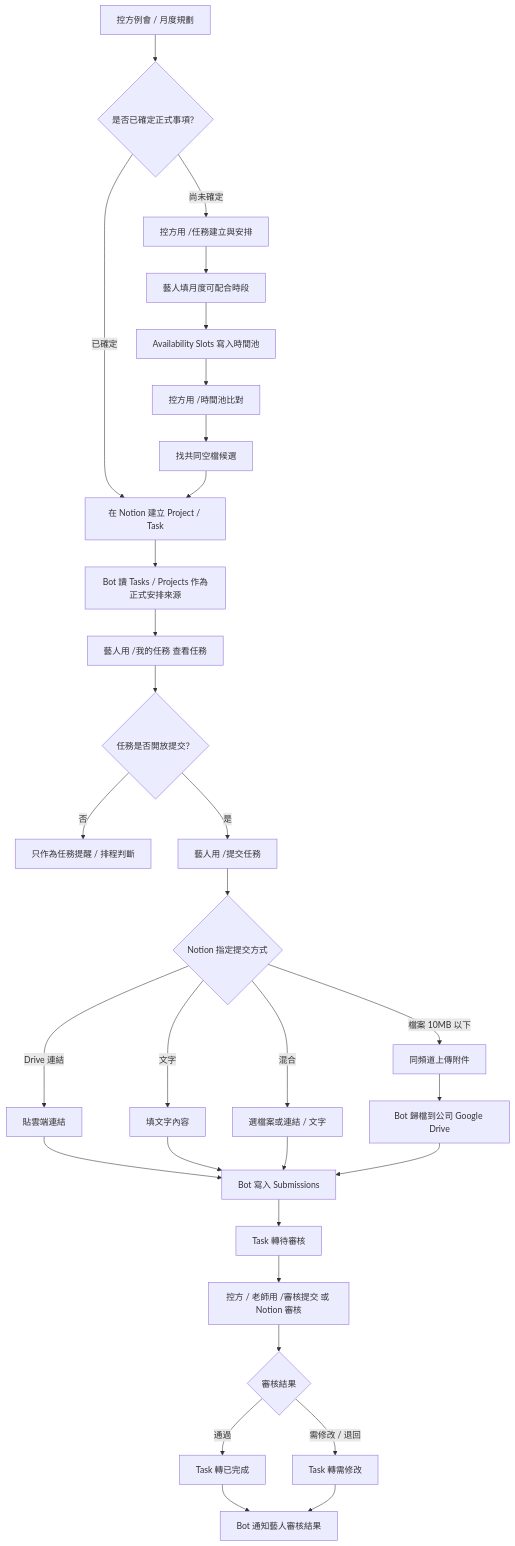
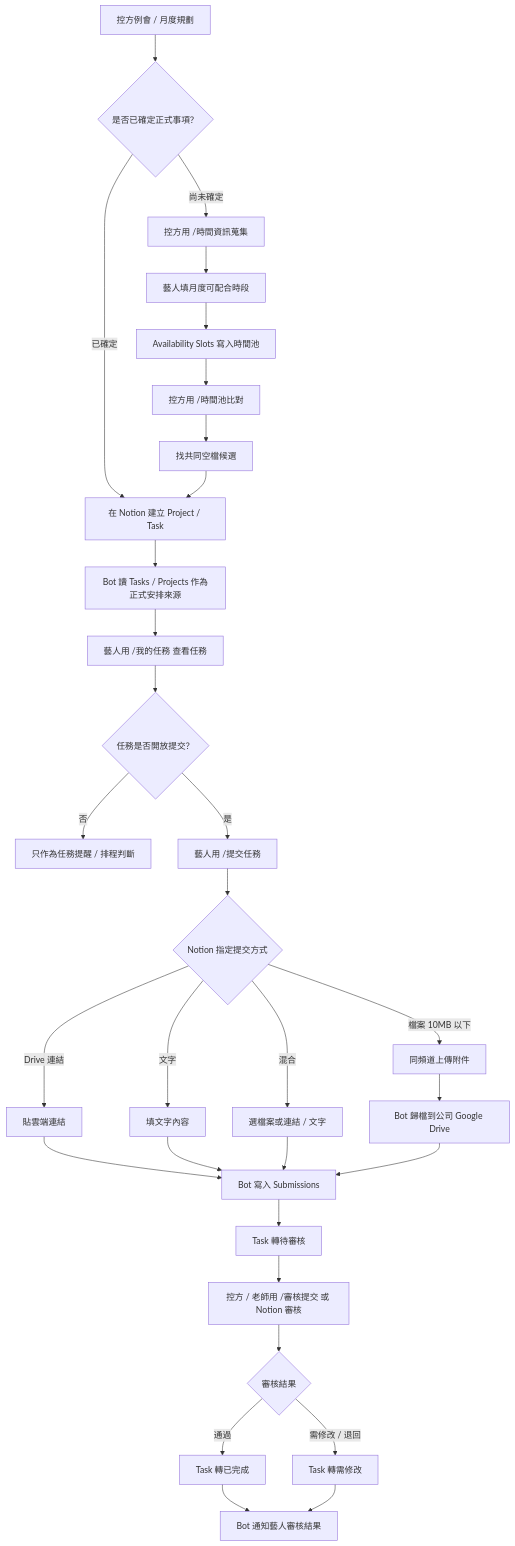
Before and after one commit to johnnysun0621/kari-kari-ai-ops: the first of 3 diagrams in FLOWCHART.md, drawn with Mermaid. The commit also changed 13 other files, not shown here.

````diff
--- a/FLOWCHART.md
+++ b/FLOWCHART.md
@@ -8,37 +8,37 @@
 ```mermaid
 flowchart TD
     A["控方例會 / 月度規劃"] --> B{"是否已確定正式事項？"}
 
     B -->|已確定| C["在 Notion 建立 Project / Task"]
     C --> D["Bot 讀 Tasks / Projects 作為正式安排來源"]
     D --> E["藝人用 /我的任務 查看任務"]
     E --> F{"任務是否開放提交？"}
     F -->|否| G["只作為任務提醒 / 排程判斷"]
     F -->|是| H["藝人用 /提交任務"]
 
     H --> I{"Notion 指定提交方式"}
     I -->|檔案 10MB 以下| J["同頻道上傳附件"]
     I -->|Drive 連結| K["貼雲端連結"]
     I -->|文字| L["填文字內容"]
     I -->|混合| M["選檔案或連結 / 文字"]
 
     J --> N["Bot 歸檔到公司 Google Drive"]
     K --> O["Bot 寫入 Submissions"]
     L --> O
     M --> O
     N --> O
     O --> P["Task 轉待審核"]
     P --> Q["控方 / 老師用 /審核提交 或 Notion 審核"]
     Q --> R{"審核結果"}
     R -->|通過| S["Task 轉已完成"]
     R -->|需修改 / 退回| T["Task 轉需修改"]
     S --> U["Bot 通知藝人審核結果"]
     T --> U
 
-    B -->|尚未確定| V["控方用 /任務建立與安排"]
+    B -->|尚未確定| V["控方用 /時間資訊蒐集"]
     V --> W["藝人填月度可配合時段"]
     W --> X["Availability Slots 寫入時間池"]
     X --> Y["控方用 /時間池比對"]
     Y --> Z["找共同空檔候選"]
     Z --> C
 ```
````
